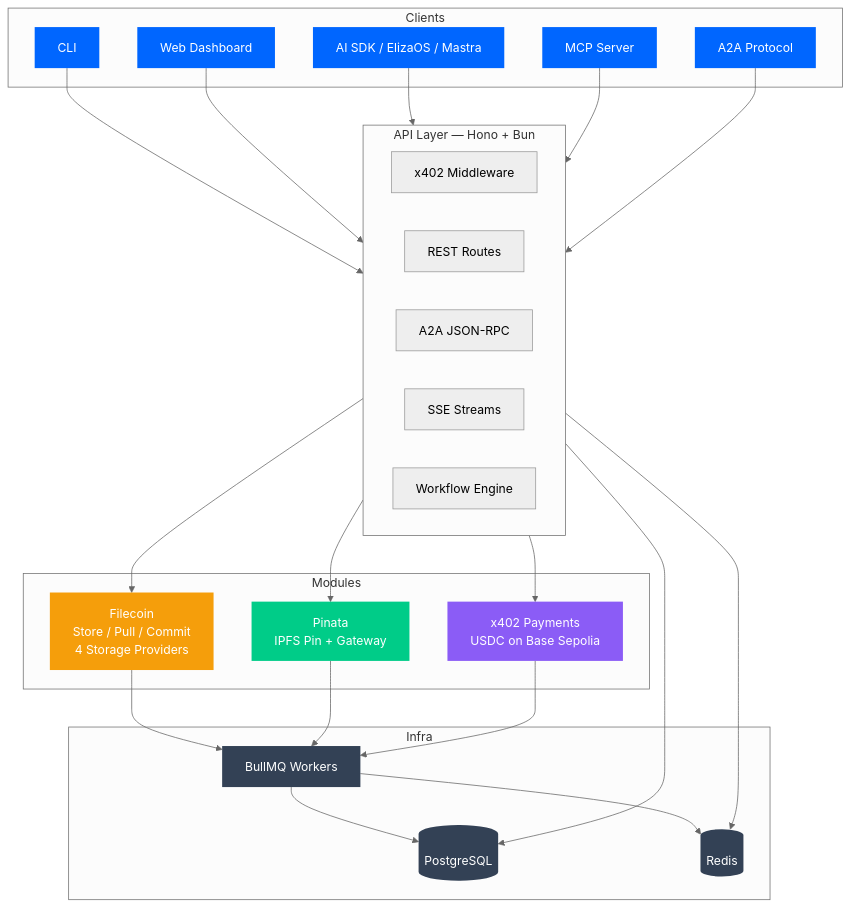
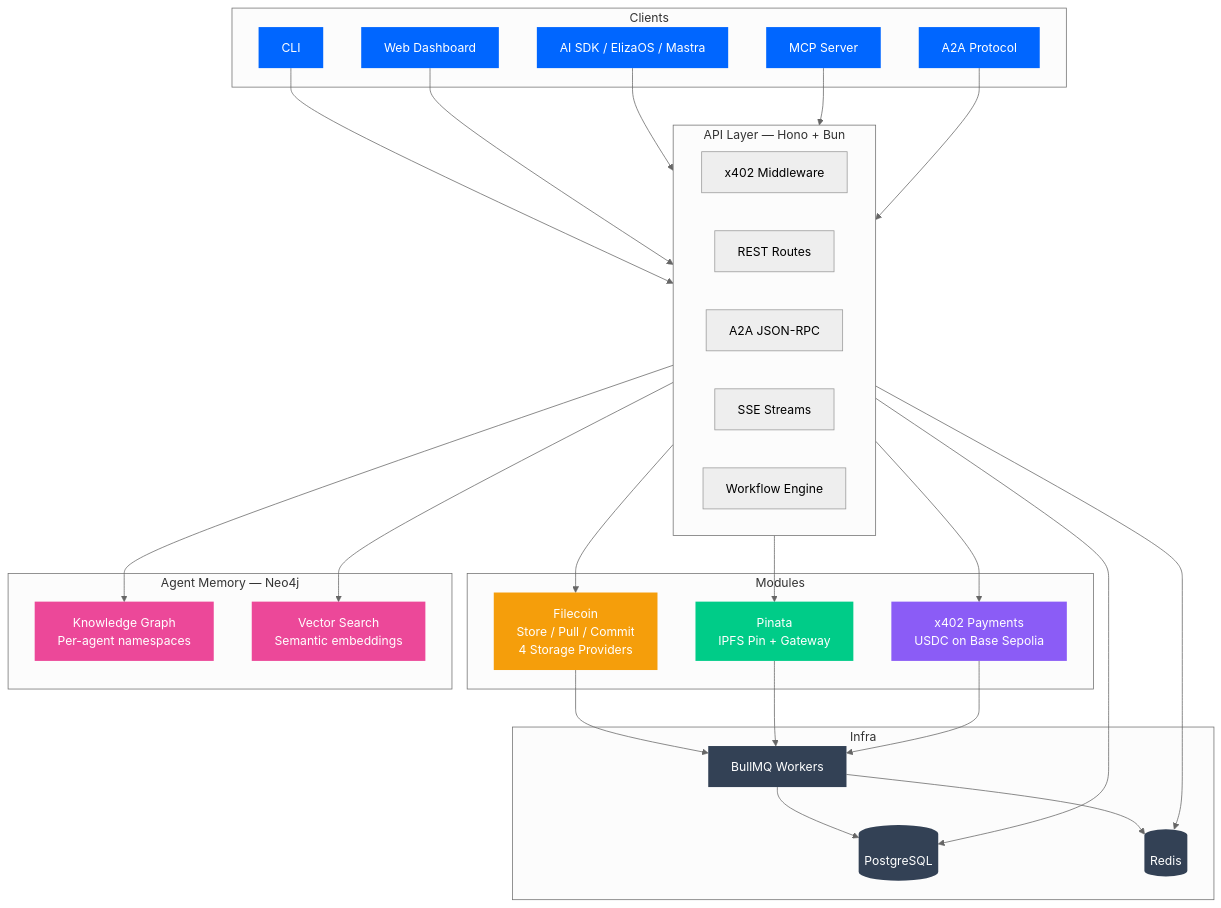
One commit to aikarap/w3stor changed the fifth of 5 diagrams in README.md. Above: the diagram before and after it, drawn with Mermaid (neutral theme). The commit also changed other lines of this file and 70 other files, not shown here.

First line of the commit message:
feat: agent memory — knowledge graphs, SIWE auth, batch uploads (#2)

````diff
--- a/README.md
+++ b/README.md
@@ -349,48 +406,56 @@
 ```mermaid
 graph TB
     subgraph Clients
         CLI[CLI]
         Web[Web Dashboard]
         SDK[AI SDK / ElizaOS / Mastra]
         MCP[MCP Server]
         A2A[A2A Protocol]
     end
 
     subgraph API ["API Layer — Hono + Bun"]
         x402m[x402 Middleware]
         REST[REST Routes]
         A2AR[A2A JSON-RPC]
         SSE[SSE Streams]
         WF[Workflow Engine]
     end
 
     subgraph Modules
         FC["Filecoin\nStore / Pull / Commit\n4 Storage Providers"]
         PIN["Pinata\nIPFS Pin + Gateway"]
         PAY["x402 Payments\nUSDC on Base Sepolia"]
     end
 
+    subgraph Memory ["Agent Memory — Neo4j"]
+        GR["Knowledge Graph\nPer-agent namespaces"]
+        VEC["Vector Search\nSemantic embeddings"]
+    end
+
     subgraph Infra
         PG[(PostgreSQL)]
         RD[(Redis)]
         BM[BullMQ Workers]
     end
 
     CLI & Web & SDK & MCP & A2A --> API
     API --> FC & PIN & PAY
+    API --> GR & VEC
     API --> PG & RD
     FC & PIN & PAY --> BM
     BM --> PG & RD
 
     style CLI fill:#0066ff,stroke:none,color:#fff
     style Web fill:#0066ff,stroke:none,color:#fff
     style SDK fill:#0066ff,stroke:none,color:#fff
     style MCP fill:#0066ff,stroke:none,color:#fff
     style A2A fill:#0066ff,stroke:none,color:#fff
     style FC fill:#f59e0b,stroke:none,color:#fff
     style PIN fill:#00cc88,stroke:none,color:#fff
     style PAY fill:#8b5cf6,stroke:none,color:#fff
+    style GR fill:#ec4899,stroke:none,color:#fff
+    style VEC fill:#ec4899,stroke:none,color:#fff
     style PG fill:#334155,stroke:none,color:#fff
     style RD fill:#334155,stroke:none,color:#fff
     style BM fill:#334155,stroke:none,color:#fff
 ```
````
